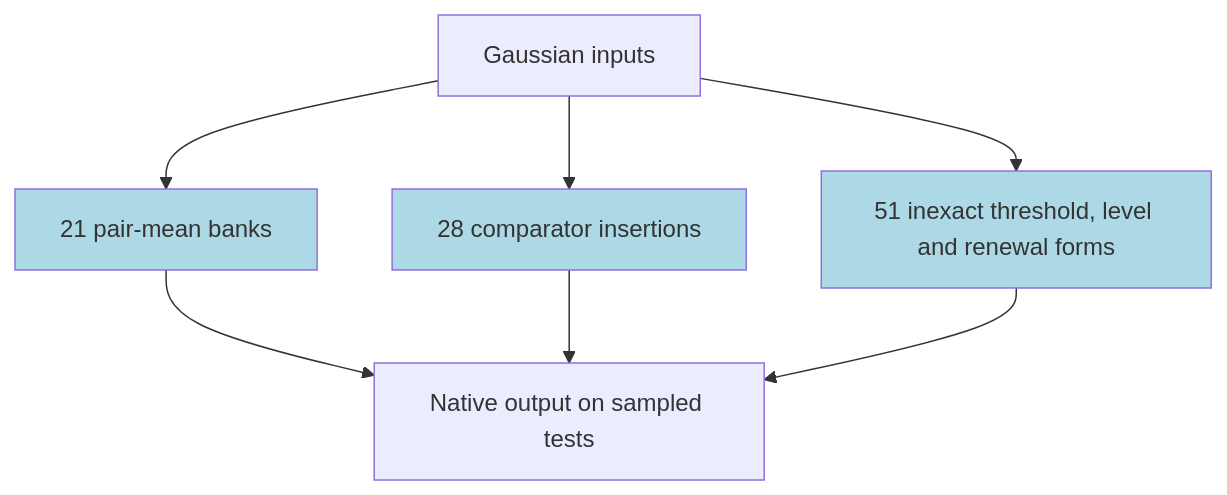
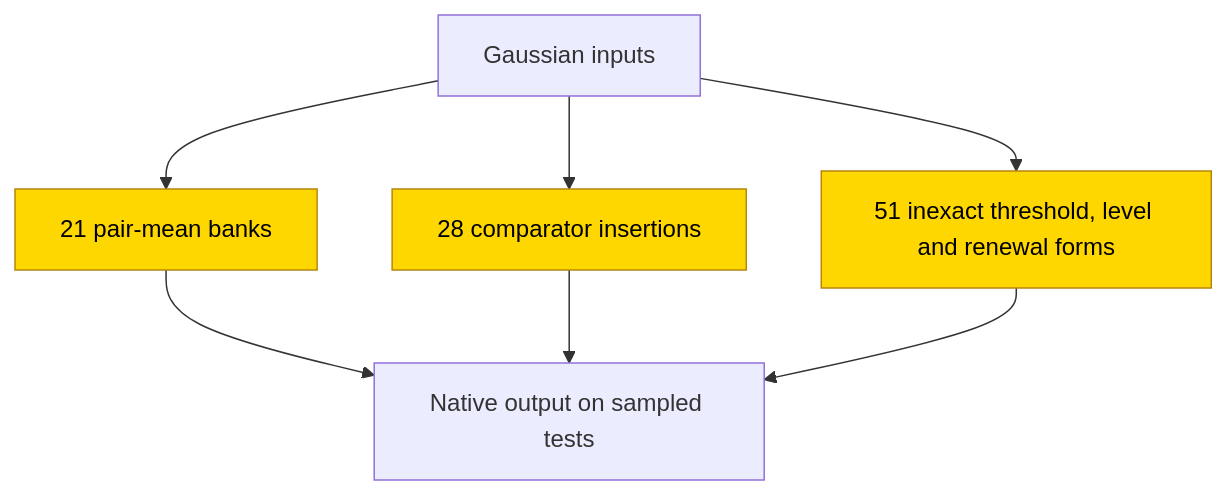
The second of 2 diagrams in entries/algzoo-median.md (jc1122/mechanistic-interpretability-circuit-atlas), drawn with Mermaid before and after one commit. The commit also changed other lines of this file and 40 other files, not shown here.

First line of the commit message:
Cold-reader pass on all 41 entries: reading routes, first-screen scopes, accessible diagrams, verified headline sources (ux_reader1/2)

````diff
--- a/entries/algzoo-median.md
+++ b/entries/algzoo-median.md
@@ -71,11 +77,13 @@
 ```mermaid
 flowchart TD
+    accTitle: Interpreted families in frozen median networks
+    accDescr: Gaussian inputs feed pair-mean banks, comparator-insertion forms or inexact threshold, level and renewal forms before the native scalar output. All family nodes describe ARC-trained components. Status is partial: empty complements, other flagged proofs and uncompressed forms remain exceptions; sampled certificates are not global equivalence proofs.
     X["Gaussian inputs"] --> P["21 pair-mean banks"]
     X --> I["28 comparator insertions"]
     X --> R["51 inexact threshold, level and renewal forms"]
     P --> Y["Native output on sampled tests"]
     I --> Y
     R --> Y
-    classDef trained fill:lightblue
+    classDef trained fill:gold,stroke:darkgoldenrod,color:black
     class P,I,R trained
 ```
````
